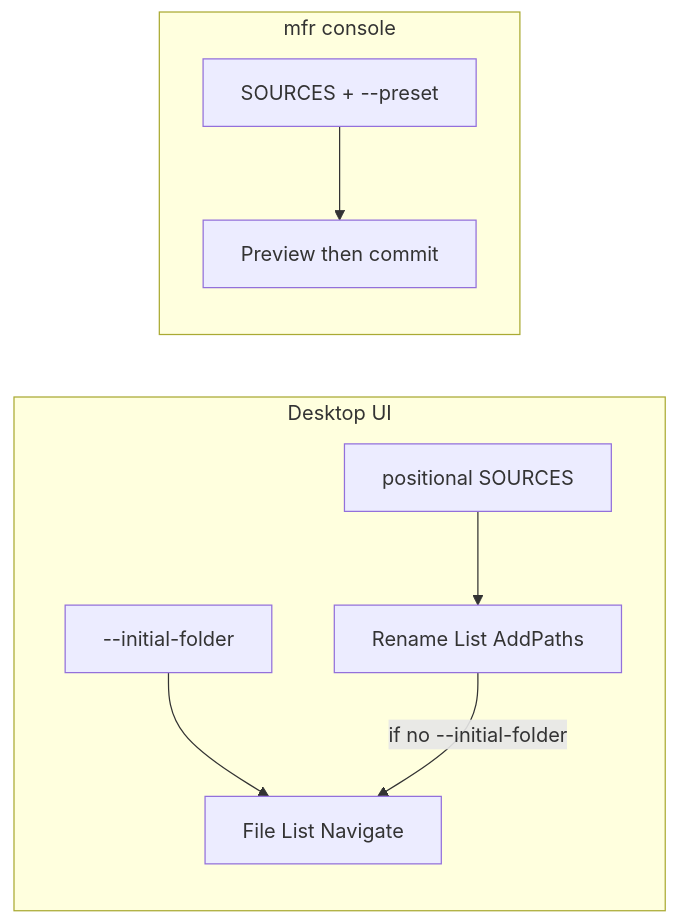
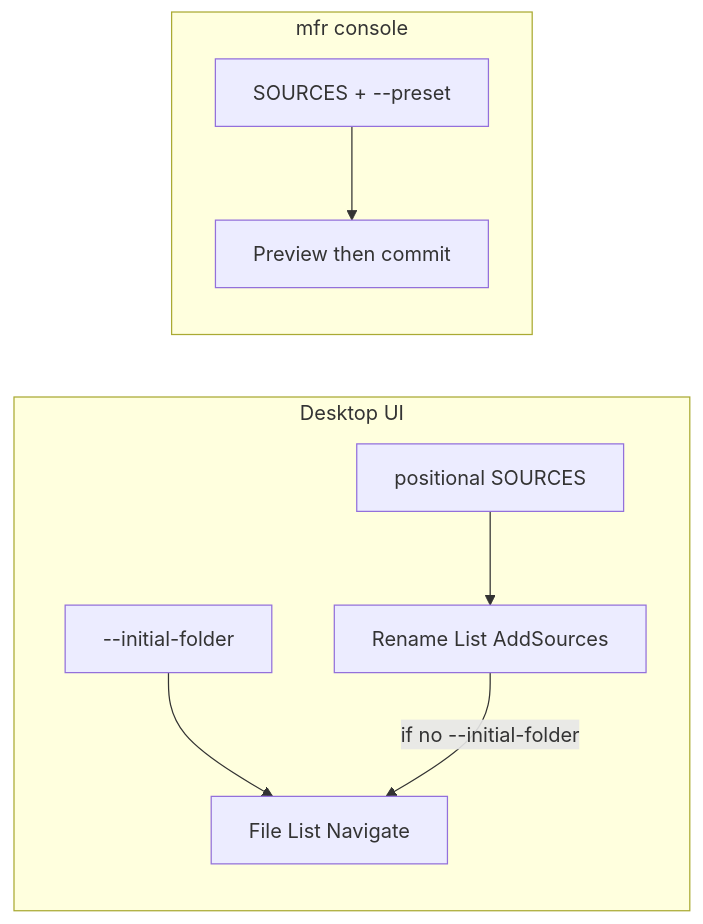
The diagram in docs/plans/ui-cmdline-params.plan.md (davidohana/finebytes), drawn with Mermaid before and after one commit. The commit also changed other lines of this file and 1 other file, not shown here.

````diff
--- a/docs/plans/ui-cmdline-params.plan.md
+++ b/docs/plans/ui-cmdline-params.plan.md
@@ -52,17 +52,17 @@
 ```mermaid
 flowchart LR
   subgraph gui [Desktop UI]
     Sources["positional SOURCES"]
     InitFolder["--initial-folder"]
-    Add[Rename List AddPaths]
+    Add[Rename List AddSources]
     Browse[File List Navigate]
     Sources --> Add
     InitFolder --> Browse
     Add -->|"if no --initial-folder"| Browse
   end
   subgraph console [mfr console]
     Src["SOURCES + --preset"]
     Preview[Preview then commit]
     Src --> Preview
   end
 ```
````
